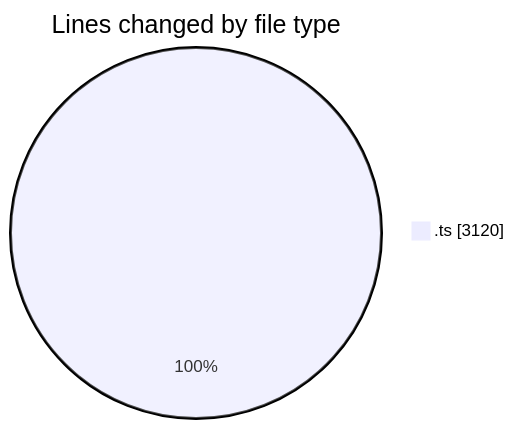
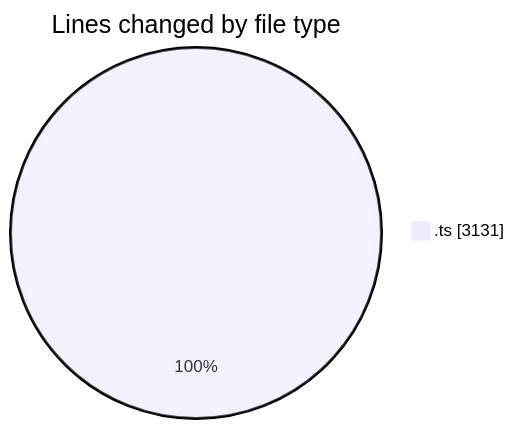
The first of 2 diagrams in 2025-06-27/cda/README.md (momahboobian/code-tracking), drawn with Mermaid before and after one commit. The commit also changed other lines of this file and 1 other file, not shown here.

````diff
--- a/2025-06-27/cda/README.md
+++ b/2025-06-27/cda/README.md
@@ -26,5 +26,5 @@
 ```mermaid
 pie showData
 title Lines changed by file type
-".ts" : 3120
+".ts" : 3131
 ```
````
